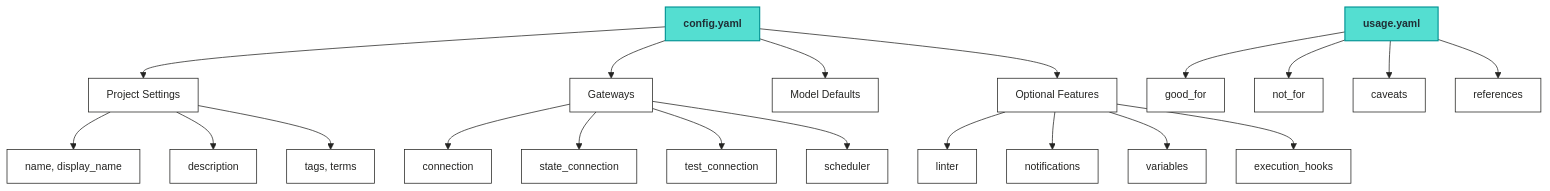
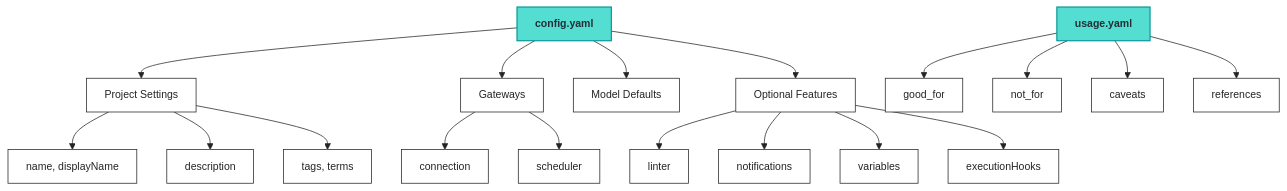
The diagram in dpbs-docs/vulcan-book/configurations/README.md (moderndatacompany/data-product-builder-skills), drawn with Mermaid before and after one commit. The commit also changed other lines of this file and 229 other files, not shown here.

````diff
--- a/dpbs-docs/vulcan-book/configurations/README.md
+++ b/dpbs-docs/vulcan-book/configurations/README.md
@@ -115,31 +113,29 @@
 ```mermaid
 %%{init: {"theme":"base","themeVariables":{"fontFamily":"PP Neue Montreal, Inter, Helvetica Neue, Arial, sans-serif","fontSize":"14px","primaryColor":"#EDE9E5","primaryTextColor":"#242422","primaryBorderColor":"#242422","lineColor":"#242422","secondaryColor":"#D6CDC6","tertiaryColor":"#FFFFFF","clusterBkg":"#EDE9E5","clusterBorder":"#54DED1","edgeLabelBackground":"#FFFFFF"},"flowchart":{"curve":"basis","padding":12,"nodeSpacing":40,"rankSpacing":50}}}%%
 graph TB
     Config[config.yaml]
     Usage[usage.yaml]
     Config --> Project[Project Settings]
     Config --> Gateways[Gateways]
     Config --> ModelDefaults[Model Defaults]
     Config --> Options[Optional Features]
     Usage --> GoodFor[good_for]
     Usage --> NotFor[not_for]
     Usage --> Caveats[caveats]
     Usage --> References[references]
-    Project --> Name[name, display_name]
+    Project --> Name[name, displayName]
     Project --> Desc[description]
     Project --> Tags[tags, terms]
     Gateways --> Connection[connection]
-    Gateways --> StateConn[state_connection]
-    Gateways --> TestConn[test_connection]
     Gateways --> Scheduler[scheduler]
     Options --> Linter[linter]
     Options --> Notifications[notifications]
     Options --> Variables[variables]
-    Options --> ExecHooks[execution_hooks]
+    Options --> ExecHooks[executionHooks]
 
     classDef primary-teal fill:#54DED1,color:#202F36,stroke:#009293,stroke-width:1.5px,font-weight:600;
     classDef surface      fill:#FFFFFF,color:#242422,stroke:#242422,stroke-width:1px;
 
     class Config,Usage primary-teal;
-    class Project,Gateways,ModelDefaults,Options,GoodFor,NotFor,Caveats,References,Name,Desc,Tags,Connection,StateConn,TestConn,Scheduler,Linter,Notifications,Variables,ExecHooks surface;
+    class Project,Gateways,ModelDefaults,Options,GoodFor,NotFor,Caveats,References,Name,Desc,Tags,Connection,TestConn,Scheduler,Linter,Notifications,Variables,ExecHooks surface;
 ```
````
